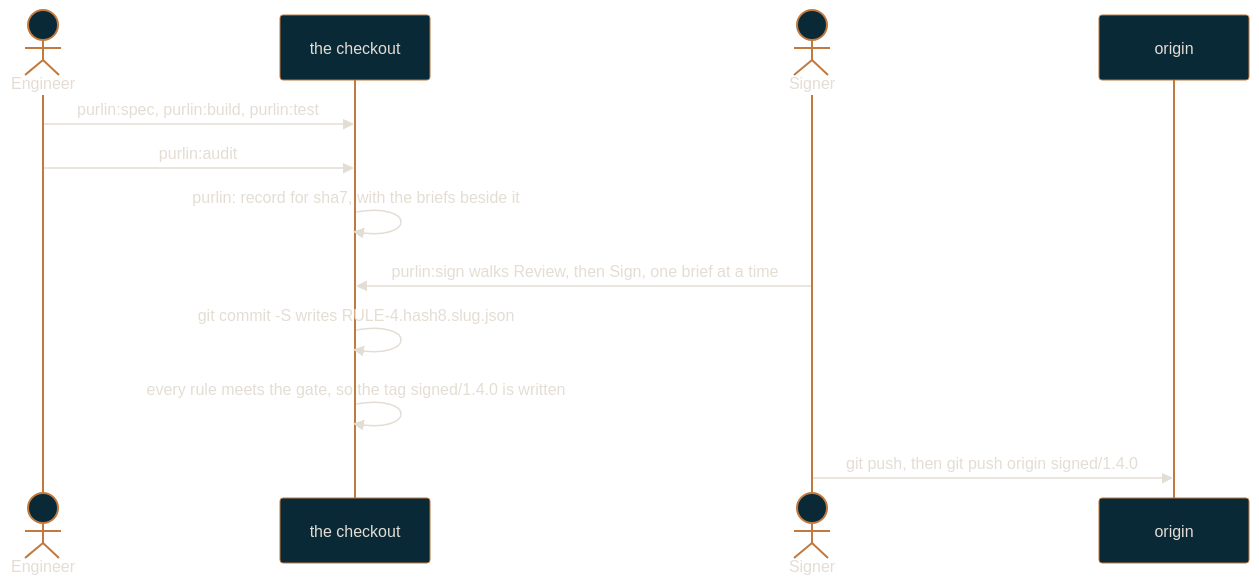
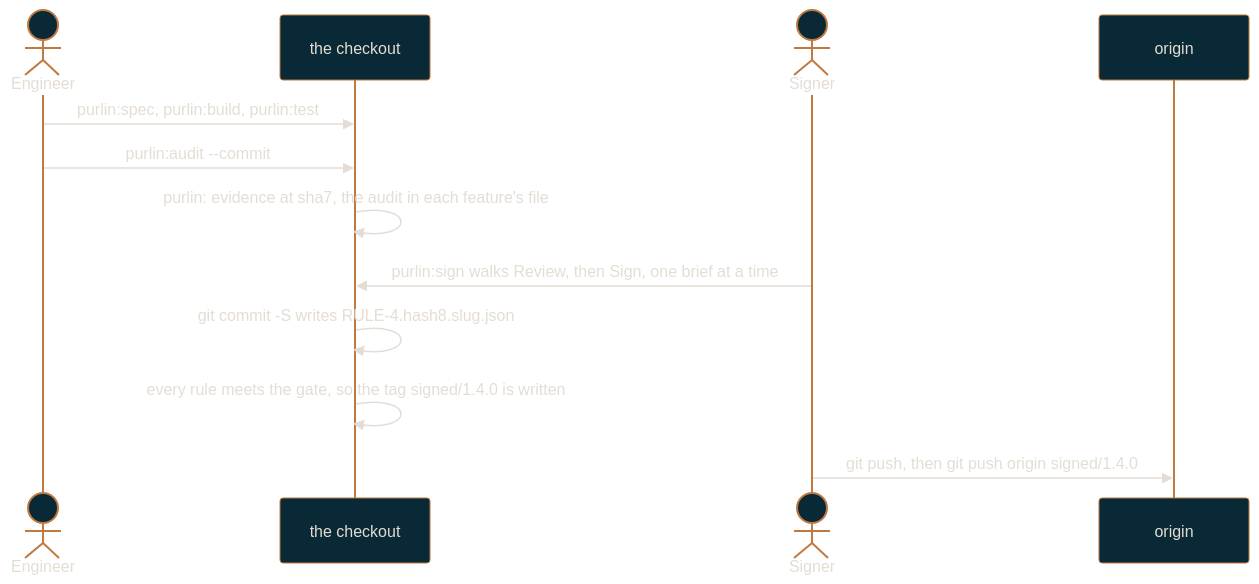
One commit to rlabarca/purlin changed the diagram in docs/regulated-workflow.md. Above: the diagram before and after it, drawn with Mermaid. The commit also changed other lines of this file and 13 other files, not shown here.

First line of the commit message:
docs: the pages name the evidence file, its commit and --commit

````diff
--- a/docs/regulated-workflow.md
+++ b/docs/regulated-workflow.md
@@ -36,15 +36,15 @@
 ```mermaid
 %%{init: {"theme": "base", "themeVariables": {"background": "#0C3444", "primaryColor": "#092936", "primaryTextColor": "#E4DDD4", "primaryBorderColor": "#C0793F", "lineColor": "#C0793F", "secondaryColor": "#0C3444", "tertiaryColor": "#092936", "fontFamily": "Arial", "textColor": "#E4DDD4"}}}%%
 sequenceDiagram
     actor Engineer
     participant Tree as the checkout
     actor Signer
     participant Origin as origin
     Engineer->>Tree: purlin:spec, purlin:build, purlin:test
-    Engineer->>Tree: purlin:audit
-    Tree->>Tree: purlin: record for sha7, with the briefs beside it
+    Engineer->>Tree: purlin:audit --commit
+    Tree->>Tree: purlin: evidence at sha7, the audit in each feature's file
     Signer->>Tree: purlin:sign walks Review, then Sign, one brief at a time
     Tree->>Tree: git commit -S writes RULE-4.hash8.slug.json
     Tree->>Tree: every rule meets the gate, so the tag signed/1.4.0 is written
     Signer->>Origin: git push, then git push origin signed/1.4.0
 ```
````
